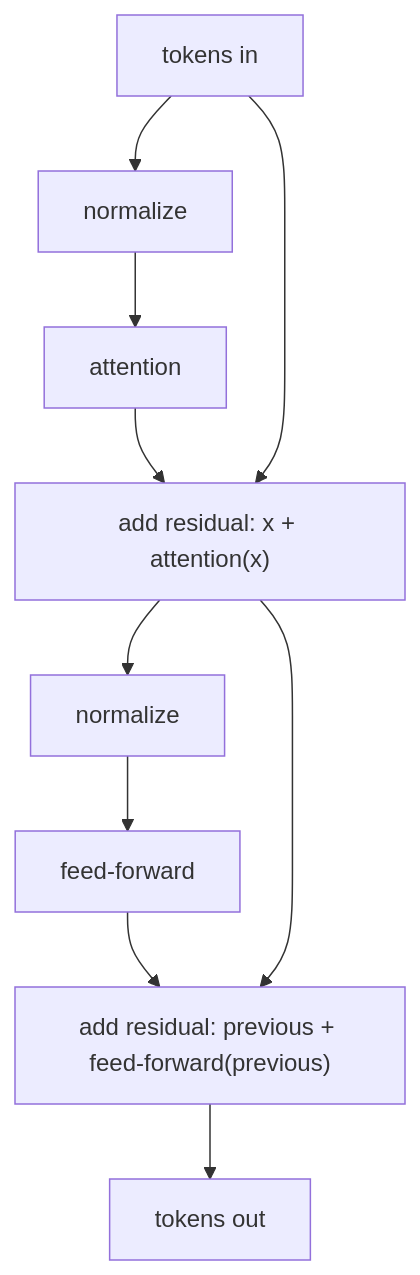
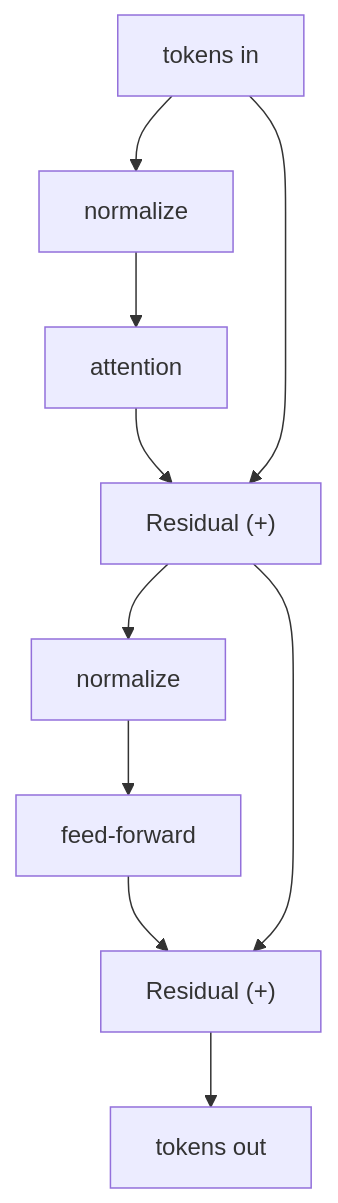
One commit to openlanguagemodel/openlanguagemodel changed the first of 2 diagrams in docs/learn/a-transformer-block.md. Above: the diagram before and after it, drawn with Mermaid.

Commit message:
Simplify residual diagram labels

````diff
--- a/docs/learn/a-transformer-block.md
+++ b/docs/learn/a-transformer-block.md
@@ -129,8 +129,8 @@
 ```mermaid
 flowchart TD
-    x[tokens in] --> n1[normalize] --> a[attention] --> r1["add residual: x + attention(x)"]
+    x[tokens in] --> n1[normalize] --> a[attention] --> r1["Residual (+)"]
     x --> r1
-    r1 --> n2[normalize] --> f[feed-forward] --> r2["add residual: previous + feed-forward(previous)"]
+    r1 --> n2[normalize] --> f[feed-forward] --> r2["Residual (+)"]
     r1 --> r2
     r2 --> y[tokens out]
 ```
````
